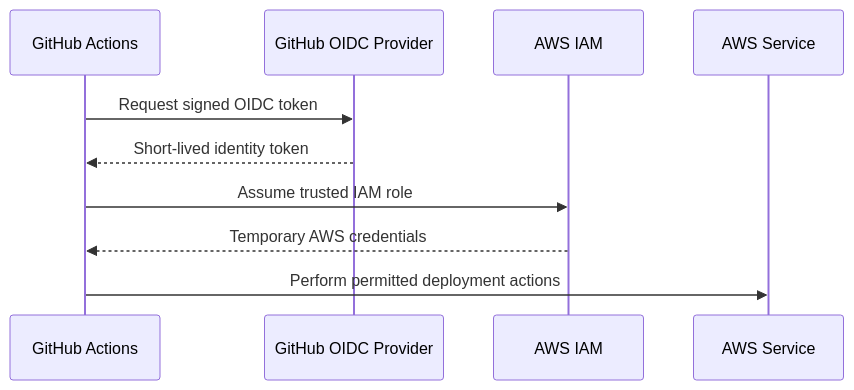
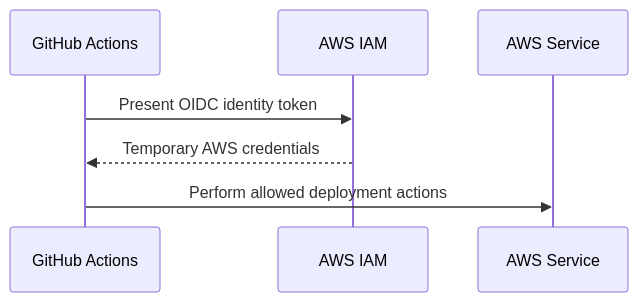
Before and after one commit to AvadhBhalodiya/Interview-Preparation: the eighth of 10 diagrams in src/content/devops/cicd-pipelines.md, drawn with Mermaid. The commit also changed other lines of this file and 54 other files, not shown here.

````diff
--- a/src/content/devops/cicd-pipelines.md
+++ b/src/content/devops/cicd-pipelines.md
@@ -1017,13 +556,10 @@
 ```mermaid
 sequenceDiagram
     participant G as GitHub Actions
-    participant O as GitHub OIDC Provider
     participant I as AWS IAM
     participant A as AWS Service
 
-    G->>O: Request signed OIDC token
-    O-->>G: Short-lived identity token
-    G->>I: Assume trusted IAM role
+    G->>I: Present OIDC identity token
     I-->>G: Temporary AWS credentials
-    G->>A: Perform permitted deployment actions
+    G->>A: Perform allowed deployment actions
 ```
````
